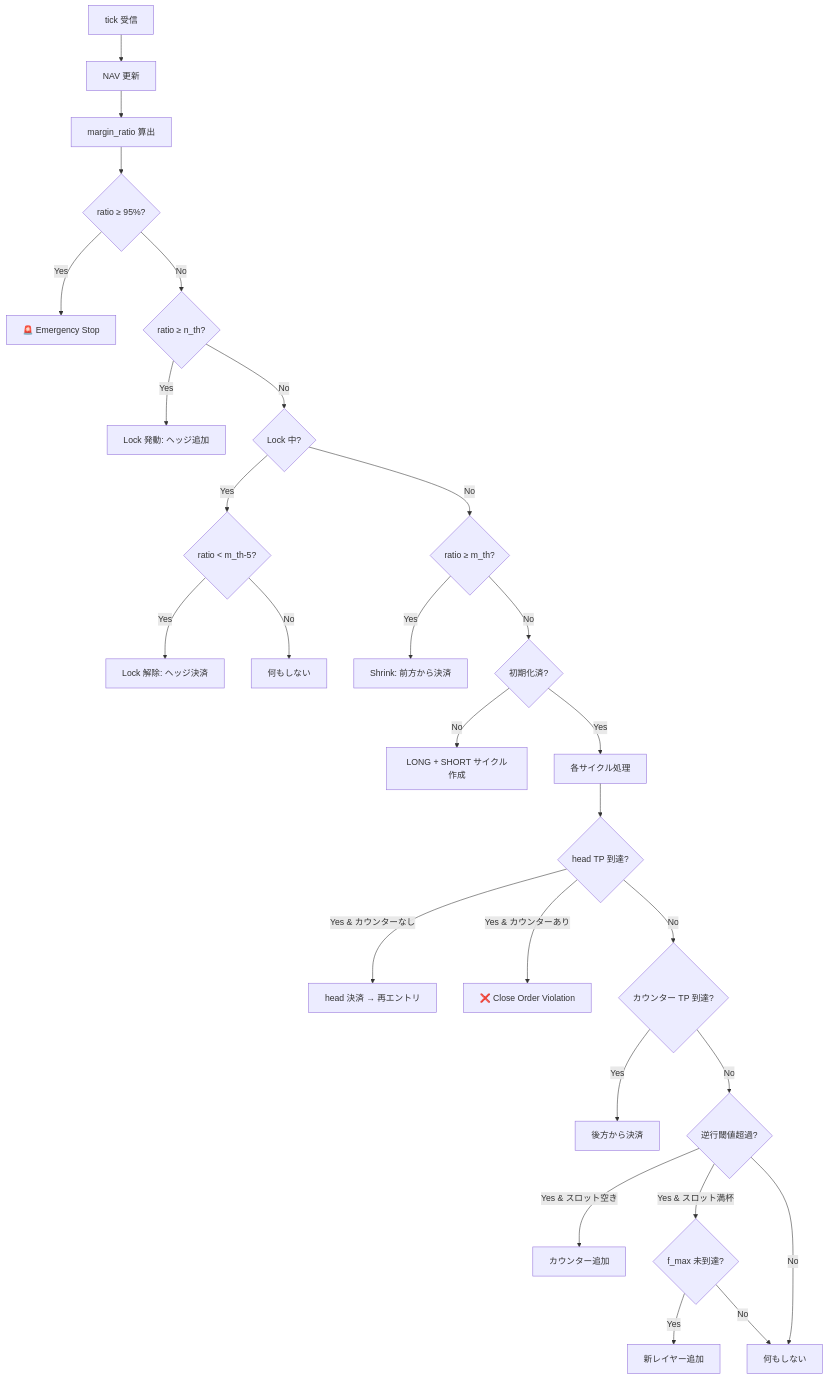
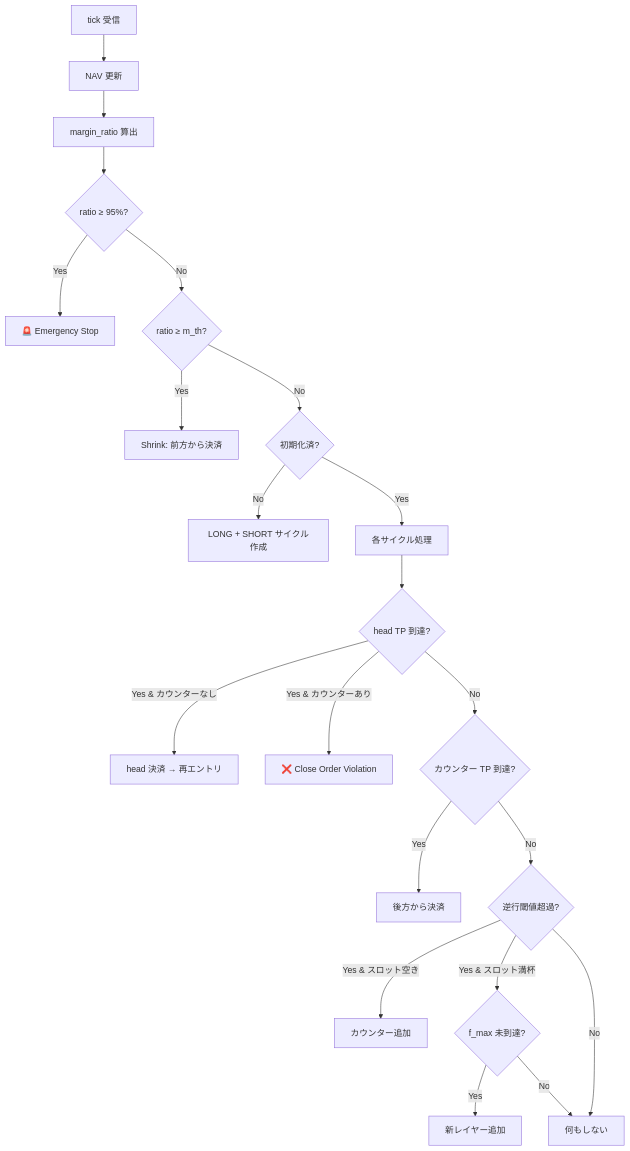
Before and after one commit to yuyash/auto-forex-web-service: the seventh of 7 diagrams in docs/snowball-strategy-sequences.md, drawn with Mermaid. The commit also changed other lines of this file and 42 other files, not shown here.

````diff
--- a/docs/snowball-strategy-sequences.md
+++ b/docs/snowball-strategy-sequences.md
@@ -275,30 +242,24 @@
 ```mermaid
 flowchart TD
     A[tick 受信] --> B[NAV 更新]
     B --> C[margin_ratio 算出]
     C --> D{ratio ≥ 95%?}
     D -->|Yes| E[🚨 Emergency Stop]
-    D -->|No| F{ratio ≥ n_th?}
-    F -->|Yes| G[Lock 発動: ヘッジ追加]
-    F -->|No| H{Lock 中?}
-    H -->|Yes| I{ratio < m_th-5?}
-    I -->|Yes| J[Lock 解除: ヘッジ決済]
-    I -->|No| K[何もしない]
-    H -->|No| L{ratio ≥ m_th?}
+    D -->|No| L{ratio ≥ m_th?}
     L -->|Yes| M[Shrink: 前方から決済]
     L -->|No| N{初期化済?}
     N -->|No| O[LONG + SHORT サイクル作成]
     N -->|Yes| P[各サイクル処理]
 
     P --> Q{head TP 到達?}
     Q -->|Yes & カウンターなし| R[head 決済 → 再エントリ]
     Q -->|Yes & カウンターあり| S[❌ Close Order Violation]
     Q -->|No| T{カウンター TP 到達?}
     T -->|Yes| U[後方から決済]
     T -->|No| V{逆行閾値超過?}
     V -->|Yes & スロット空き| W[カウンター追加]
     V -->|Yes & スロット満杯| X{f_max 未到達?}
     X -->|Yes| Y[新レイヤー追加]
     X -->|No| Z[何もしない]
     V -->|No| Z
 ```
````
